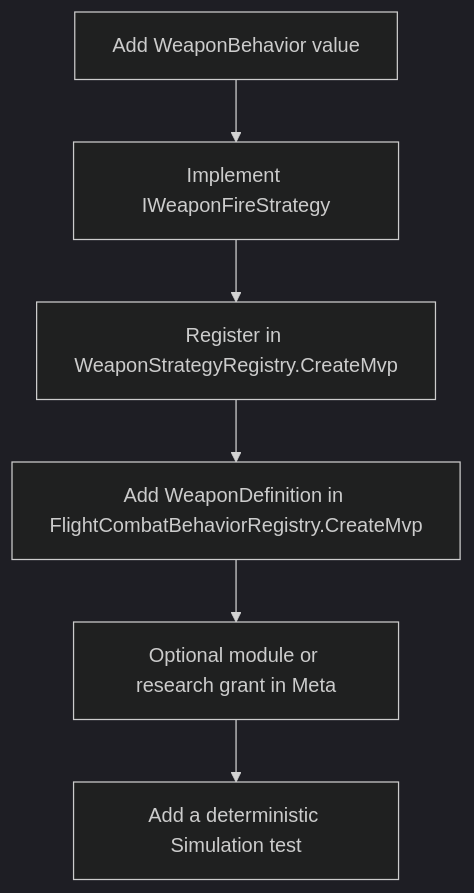
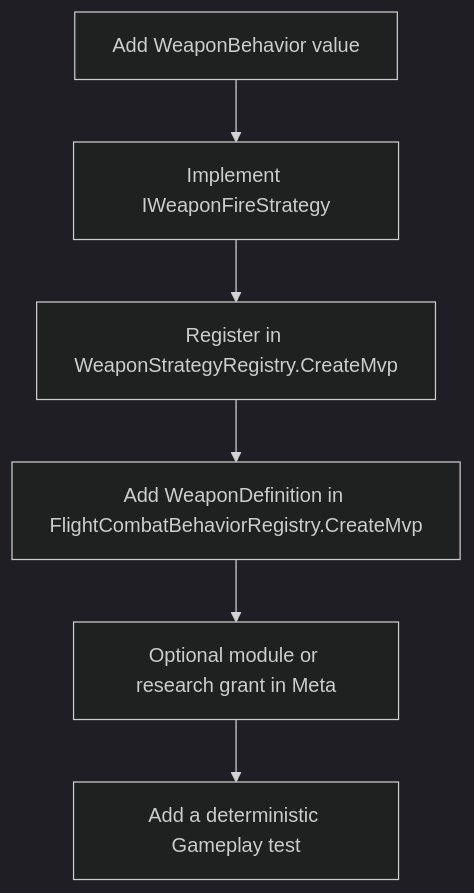
One commit to pabloordonez/monogame-ship-incremental changed the second of 3 diagrams in src/ShipGame.Gameplay/README.md. Above: the diagram before and after it, drawn with Mermaid (dark theme). The commit also changed other lines of this file and 259 other files, not shown here.

First line of the commit message:
Refactor simulation to gameplay and update project structure

````diff
--- a/src/ShipGame.Gameplay/README.md
+++ b/src/ShipGame.Gameplay/README.md
@@ -25,8 +37,8 @@
 ```mermaid
 flowchart TD
   enumValue[Add WeaponBehavior value] --> strategy[Implement IWeaponFireStrategy]
   strategy --> fireRegistry[Register in WeaponStrategyRegistry.CreateMvp]
   fireRegistry --> definition[Add WeaponDefinition in FlightCombatBehaviorRegistry.CreateMvp]
   definition --> unlock[Optional module or research grant in Meta]
-  unlock --> test[Add a deterministic Simulation test]
+  unlock --> test[Add a deterministic Gameplay test]
 ```
````
